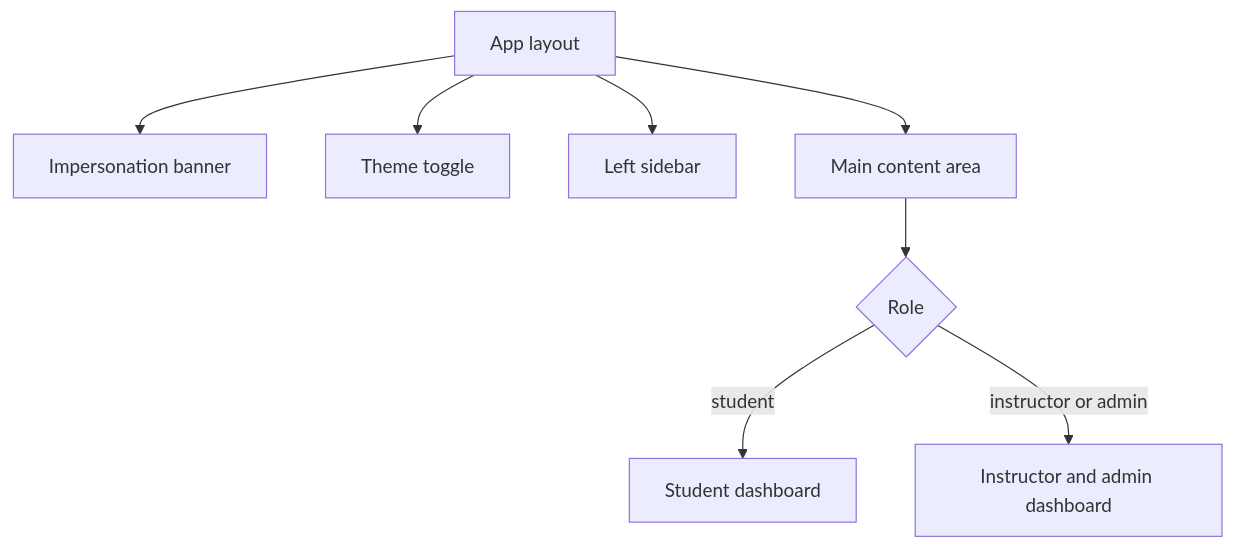
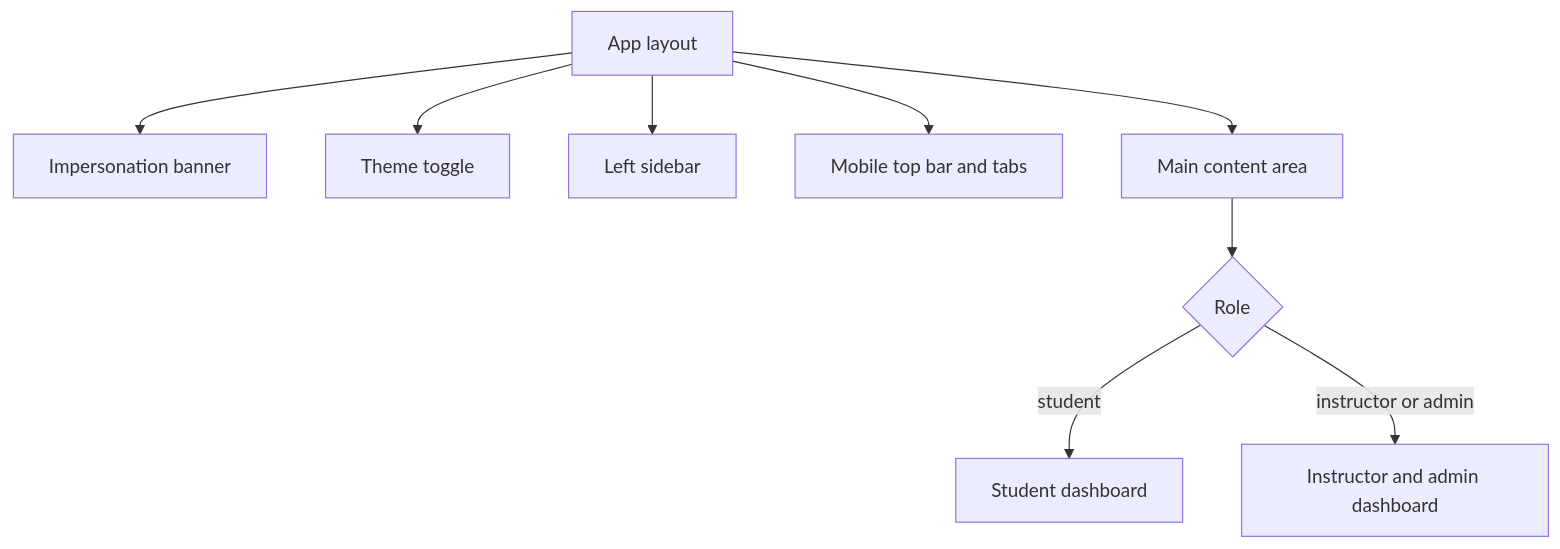
One commit to RobChaykoski/opencyberrange changed the diagram in Manual-Lite/01_Getting_Started/06_Navigating_the_Interface.md. Above: the diagram before and after it, drawn with Mermaid. The commit also changed other lines of this file and 42 other files, not shown here.

````diff
--- a/Manual-Lite/01_Getting_Started/06_Navigating_the_Interface.md
+++ b/Manual-Lite/01_Getting_Started/06_Navigating_the_Interface.md
@@ -22,10 +22,11 @@
 ```mermaid
 flowchart TB
   App[App layout] --> Banner[Impersonation banner]
   App --> Theme[Theme toggle]
   App --> Sidebar[Left sidebar]
+  App --> Mobile[Mobile top bar and tabs]
   App --> Main[Main content area]
   Main --> DR{Role}
   DR -->|student| SD[Student dashboard]
   DR -->|instructor or admin| ID[Instructor and admin dashboard]
 ```
````
